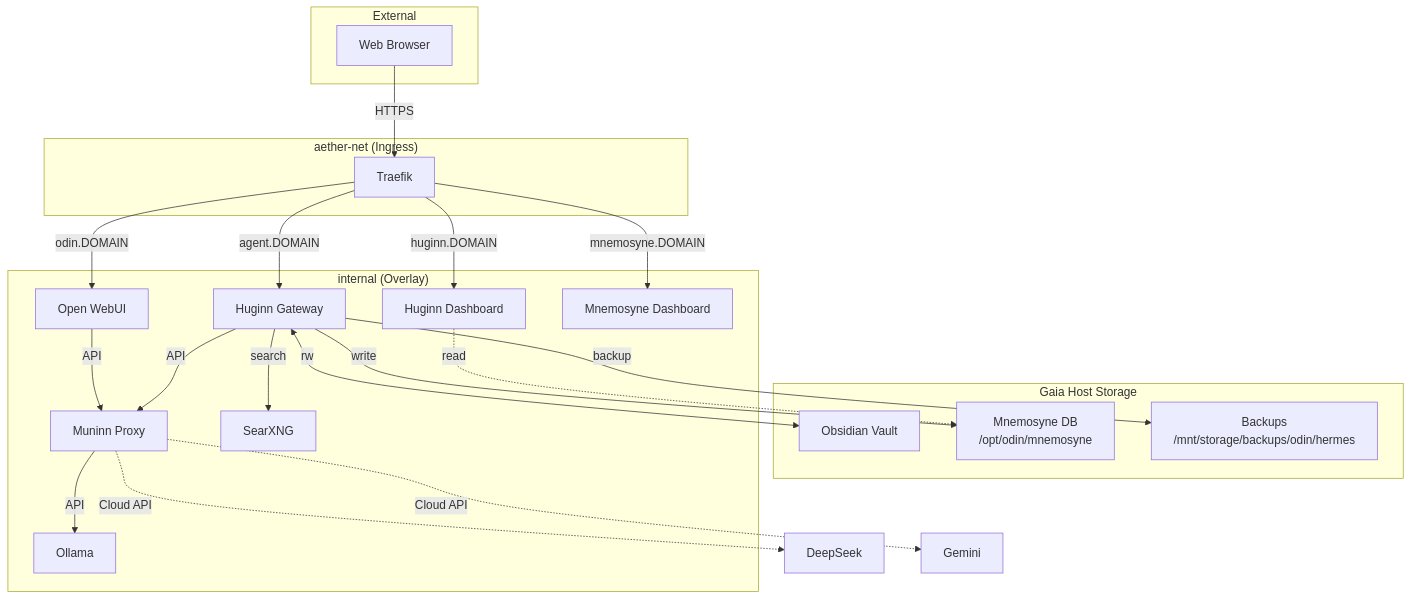
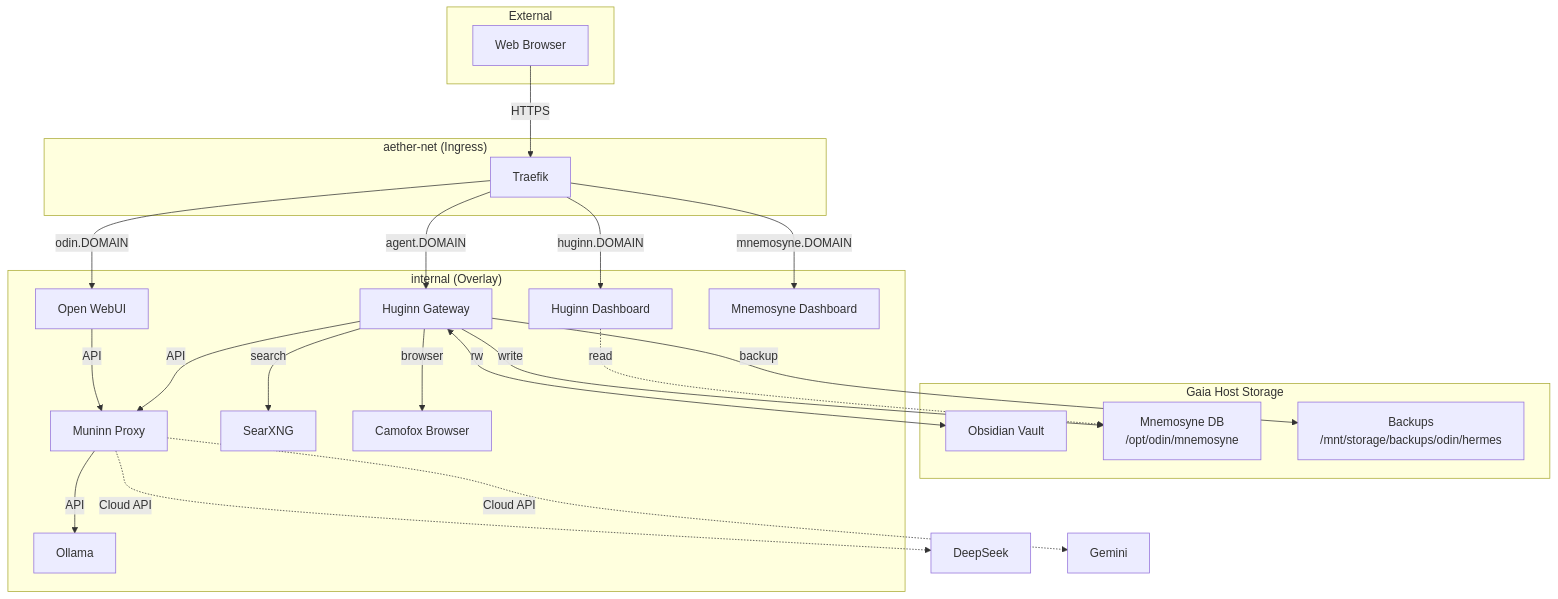
One commit to yggdrasil-lab/odin changed the diagram in README.md. Above: the diagram before and after it, drawn with Mermaid. The commit also changed other lines of this file and 2 other files, not shown here.

Commit message:
feat: add Camofox anti-detection browser to Odin stack
- Add camofox service (ghcr.io/redf0x1/camofox-browser:latest) on internal network
- Headless Firefox fork with C++ fingerprint spoofing
- Port 9377, 512MB-2GB memory, camofox_data volume for persistence
- CAMOFOX_URL=http://camofox:9377 in huginn-gateway env
- browser.camofox.managed_persistence: true in Hermes config
- Hermes auto-routes browser ops through Camofox when CAMOFOX_URL set
- Update README services table and architecture diagram
- Full Camofox section in Odin Stack.md with architecture, troubleshooting, limitations

````diff
--- a/README.md
+++ b/README.md
@@ -24,44 +25,46 @@
 ```mermaid
 graph TD
     subgraph External ["External"]
         Browser[Web Browser]
     end
 
     subgraph Host ["Gaia Host Storage"]
         Obsidian["Obsidian Vault"]
         MnemosyneDB["Mnemosyne DB<br>/opt/odin/mnemosyne"]
         Backup["Backups<br>/mnt/storage/backups/odin/hermes"]
     end
 
     subgraph Aether ["aether-net (Ingress)"]
         Traefik[Traefik]
     end
 
     subgraph Internal ["internal (Overlay)"]
         OpenWebUI[Open WebUI]
         Ollama[Ollama]
         Gateway[Huginn Gateway]
         Dashboard[Huginn Dashboard]
         MnemosyneVis[Mnemosyne Dashboard]
         Muninn[Muninn Proxy]
         SearXNG[SearXNG]
+        Camofox[Camofox Browser]
     end
 
     Browser -->|HTTPS| Traefik
     Traefik -->|odin.DOMAIN| OpenWebUI
     Traefik -->|agent.DOMAIN| Gateway
     Traefik -->|huginn.DOMAIN| Dashboard
     Traefik -->|mnemosyne.DOMAIN| MnemosyneVis
 
     OpenWebUI -->|API| Muninn
     Gateway -->|API| Muninn
     Muninn -->|API| Ollama
     Muninn -.->|Cloud API| DeepSeek
     Muninn -.->|Cloud API| Gemini
 
     Gateway <-->|rw| Obsidian
     Gateway -->|search| SearXNG
+    Gateway -->|browser| Camofox
     Gateway -->|write| MnemosyneDB
     Dashboard -.->|read| MnemosyneDB
     Gateway -->|backup| Backup
 ```
````
